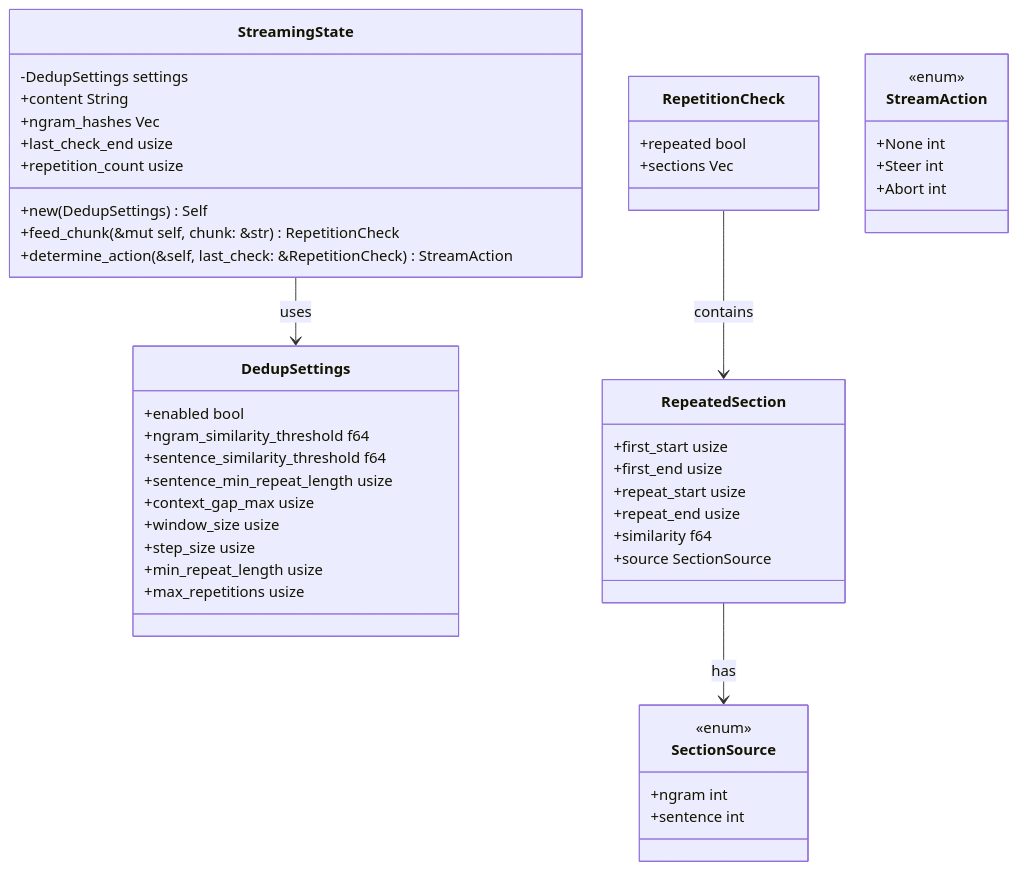
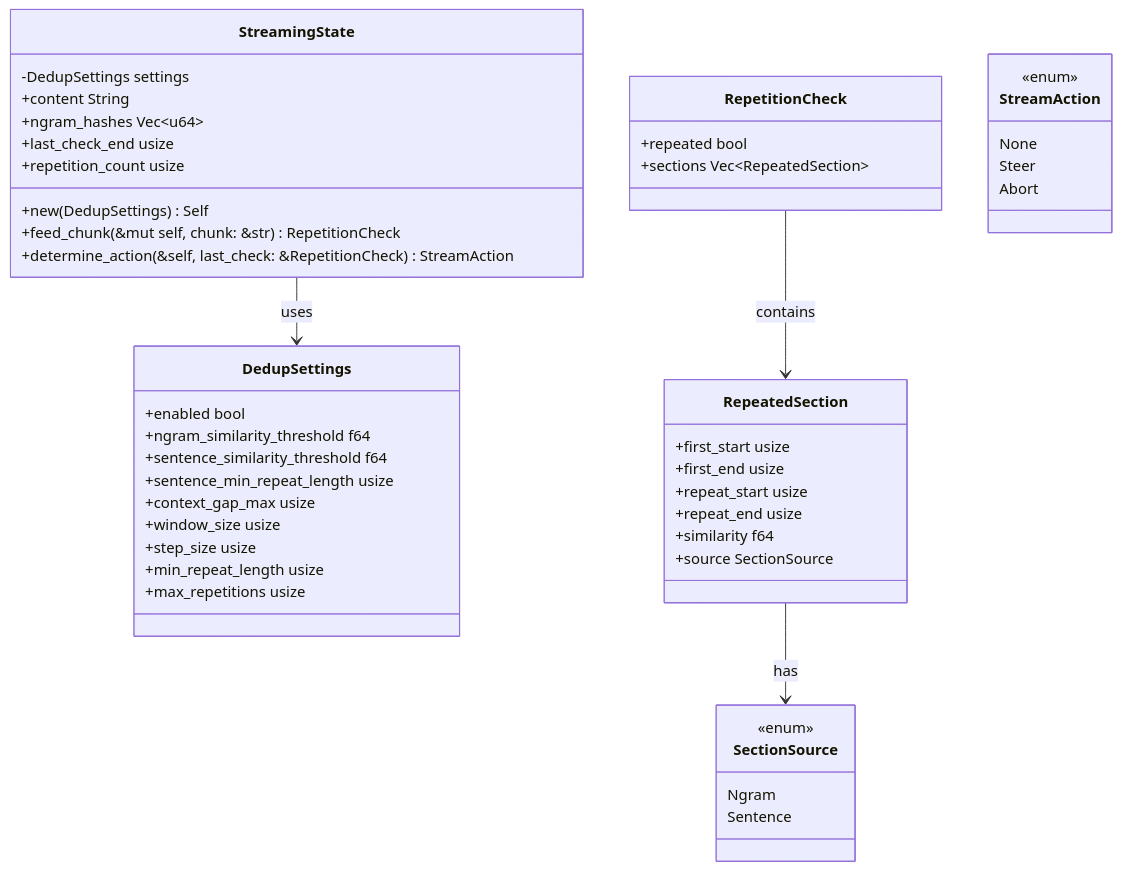
Before and after one commit to entropy-tamer/dedup: the first of 4 diagrams in ARCHITECTURE.md, drawn with Mermaid. The commit also changed other lines of this file and 2 other files, not shown here.

Commit message:
docs: rewrite README/ARCHITECTURE for current design; add INTEGRATION guide

````diff
--- a/ARCHITECTURE.md
+++ b/ARCHITECTURE.md
@@ -30,55 +29,56 @@
 ```mermaid
 classDiagram
     class StreamingState {
         -DedupSettings settings
         +content String
-        +ngram_hashes Vec<u64>
+        +ngram_hashes Vec~u64~
         +last_check_end usize
         +repetition_count usize
         +new(DedupSettings) Self
         +feed_chunk(&mut self, chunk: &str) RepetitionCheck
         +determine_action(&self, last_check: &RepetitionCheck) StreamAction
     }
 
     class DedupSettings {
         +enabled bool
         +ngram_similarity_threshold f64
         +sentence_similarity_threshold f64
         +sentence_min_repeat_length usize
         +context_gap_max usize
         +window_size usize
         +step_size usize
         +min_repeat_length usize
         +max_repetitions usize
     }
 
     class RepetitionCheck {
         +repeated bool
-        +sections Vec<RepeatedSection>
+        +sections Vec~RepeatedSection~
     }
 
     class RepeatedSection {
         +first_start usize
         +first_end usize
         +repeat_start usize
         +repeat_end usize
         +similarity f64
         +source SectionSource
     }
 
     class SectionSource {
         <<enum>>
-        +ngram int
-        +sentence int
+        Ngram
+        Sentence
     }
+
     class StreamAction {
         <<enum>>
-        +None int
-        +Steer int
-        +Abort int
+        None
+        Steer
+        Abort
     }
 
     StreamingState --> DedupSettings : uses
     RepetitionCheck --> RepeatedSection : contains
     RepeatedSection --> SectionSource : has
 ```
````
